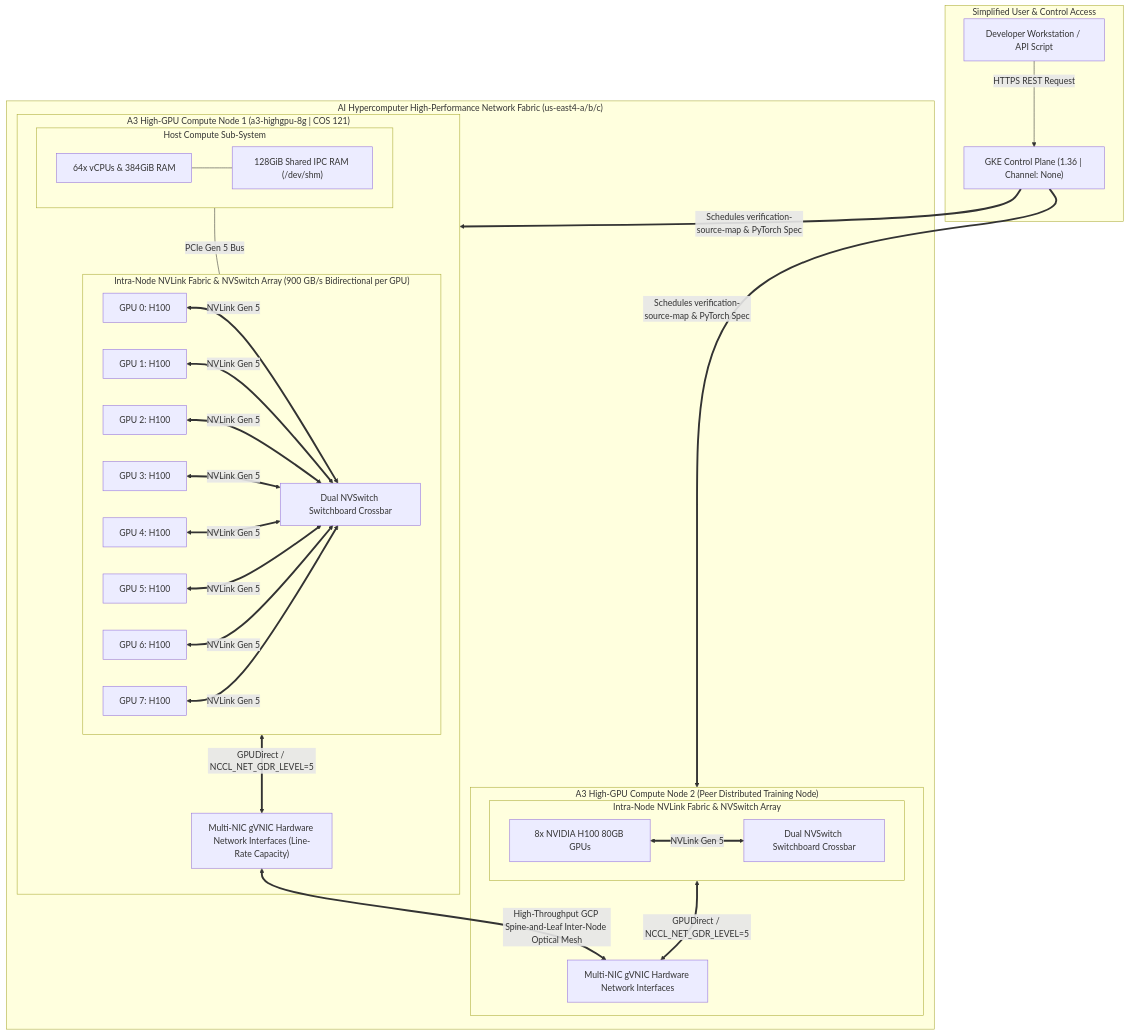
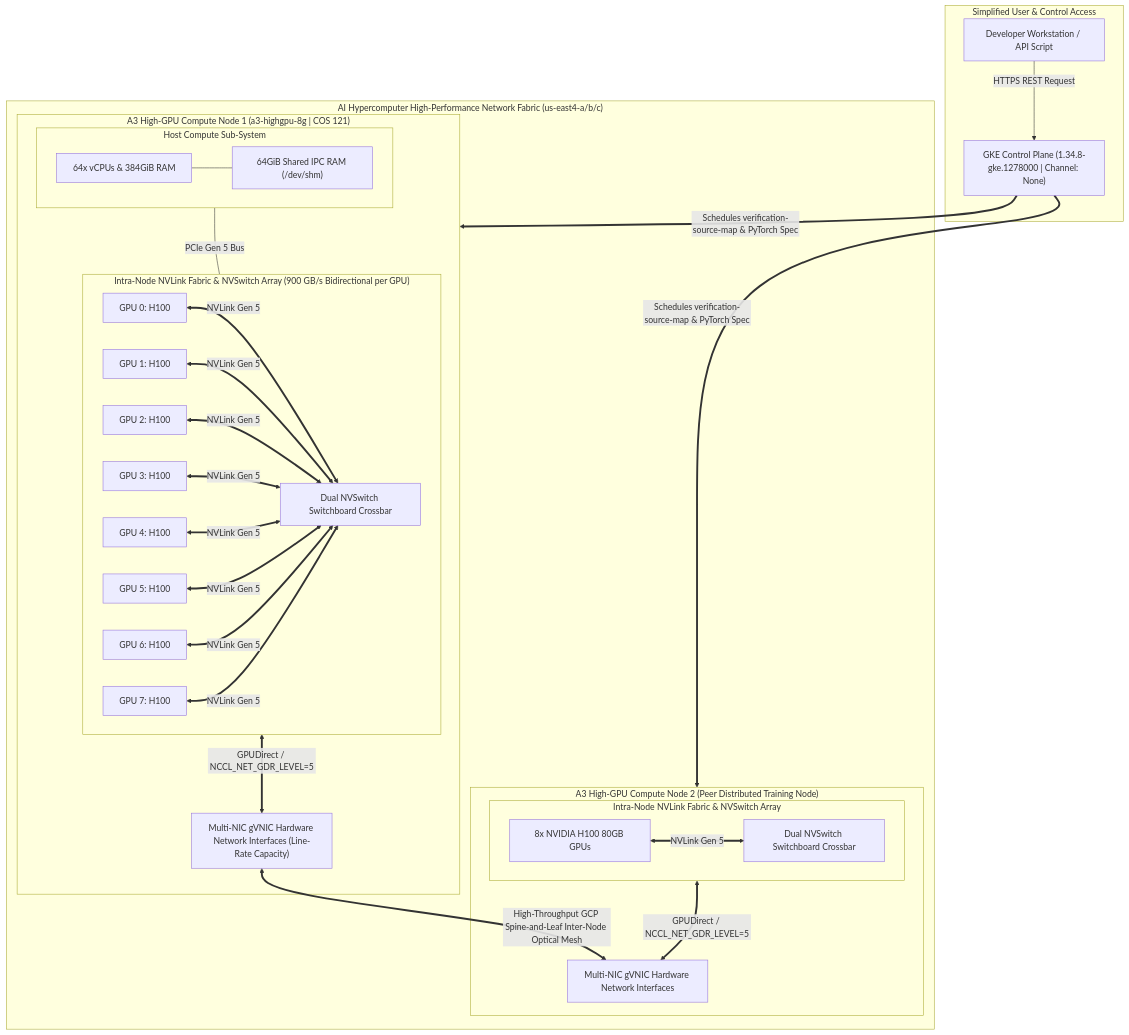
Before and after one commit to elideng-sg/hypercomputer-training-jobs: the diagram in README.md, drawn with Mermaid. The commit also changed other lines of this file and 31 other files, not shown here.

First line of the commit message:
feat(access): expose JupyterHub (Google sign-in) + vLLM (API key) over HTTPS; repo-wide docs consistency (#11)

````diff
--- a/README.md
+++ b/README.md
@@ -44,35 +63,35 @@
 ```mermaid
 graph TB
     subgraph Client ["Simplified User & Control Access"]
-        API_Call["Developer Workstation / API Script"] -->|HTTPS REST Request| CP["GKE Control Plane (1.36 | Channel: None)"]
+        API_Call["Developer Workstation / API Script"] -->|HTTPS REST Request| CP["GKE Control Plane (1.34.8-gke.1278000 | Channel: None)"]
     end
 
     subgraph ClusterMesh ["AI Hypercomputer High-Performance Network Fabric (us-east4-a/b/c)"]
         subgraph Node1 ["A3 High-GPU Compute Node 1 (a3-highgpu-8g | COS 121)"]
             subgraph Host1 ["Host Compute Sub-System"]
-                CPU1["64x vCPUs & 384GiB RAM"] --- SHM1["128GiB Shared IPC RAM (/dev/shm)"]
+                CPU1["64x vCPUs & 384GiB RAM"] --- SHM1["64GiB Shared IPC RAM (/dev/shm)"]
             end
             
             subgraph NVLink_Mesh1 ["Intra-Node NVLink Fabric & NVSwitch Array (900 GB/s Bidirectional per GPU)"]
                 G0_1["GPU 0: H100"] & G1_1["GPU 1: H100"] & G2_1["GPU 2: H100"] & G3_1["GPU 3: H100"] <==>|NVLink Gen 5| NVS1["Dual NVSwitch Switchboard Crossbar"]
                 G4_1["GPU 4: H100"] & G5_1["GPU 5: H100"] & G6_1["GPU 6: H100"] & G7_1["GPU 7: H100"] <==>|NVLink Gen 5| NVS1
             end
 
             NIC1["Multi-NIC gVNIC Hardware Network Interfaces (Line-Rate Capacity)"]
             Host1 ---|PCIe Gen 5 Bus| NVLink_Mesh1
             NVLink_Mesh1 <==>|GPUDirect / NCCL_NET_GDR_LEVEL=5| NIC1
         end
 
         subgraph Node2 ["A3 High-GPU Compute Node 2 (Peer Distributed Training Node)"]
             subgraph NVLink_Mesh2 ["Intra-Node NVLink Fabric & NVSwitch Array"]
                 G_Array2["8x NVIDIA H100 80GB GPUs"] <==>|NVLink Gen 5| NVS2["Dual NVSwitch Switchboard Crossbar"]
             end
             NIC2["Multi-NIC gVNIC Hardware Network Interfaces"]
             NVLink_Mesh2 <==>|GPUDirect / NCCL_NET_GDR_LEVEL=5| NIC2
         end
 
         NIC1 <==>|High-Throughput GCP Spine-and-Leaf Inter-Node Optical Mesh| NIC2
     end
 
     CP ==>|Schedules verification-source-map & PyTorch Spec| Node1 & Node2
 ```
````
